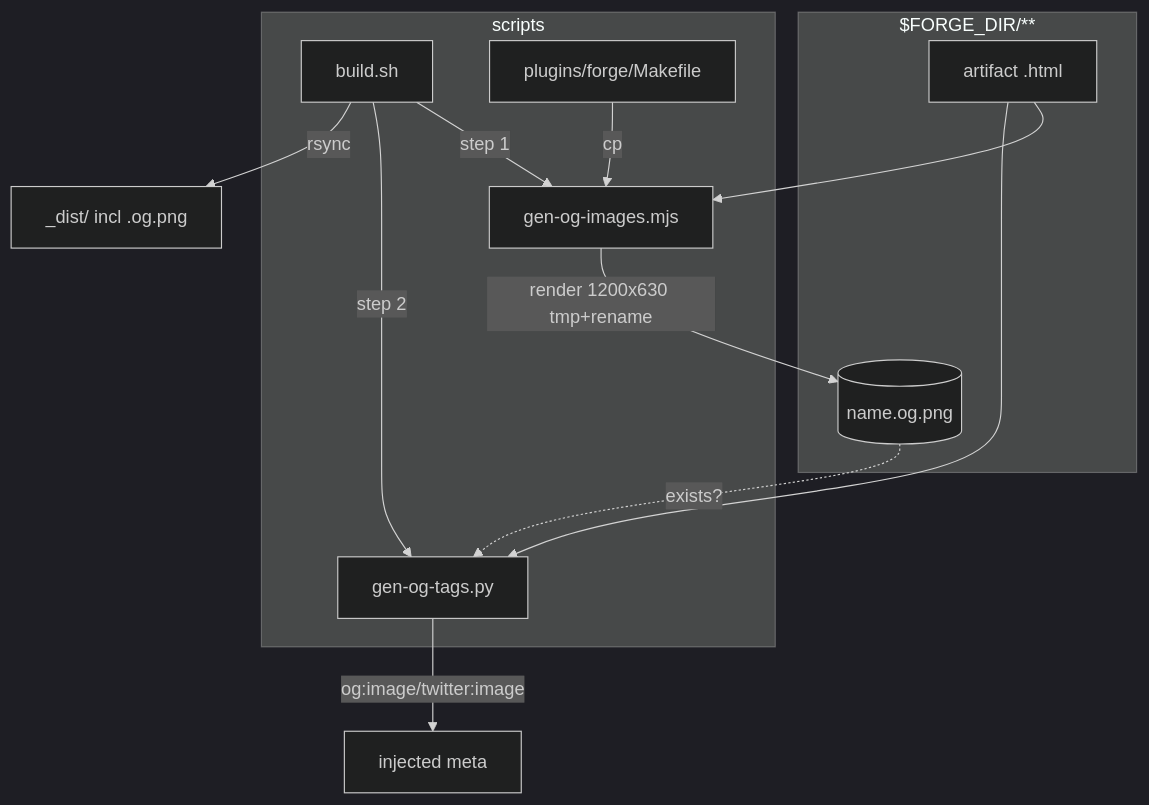
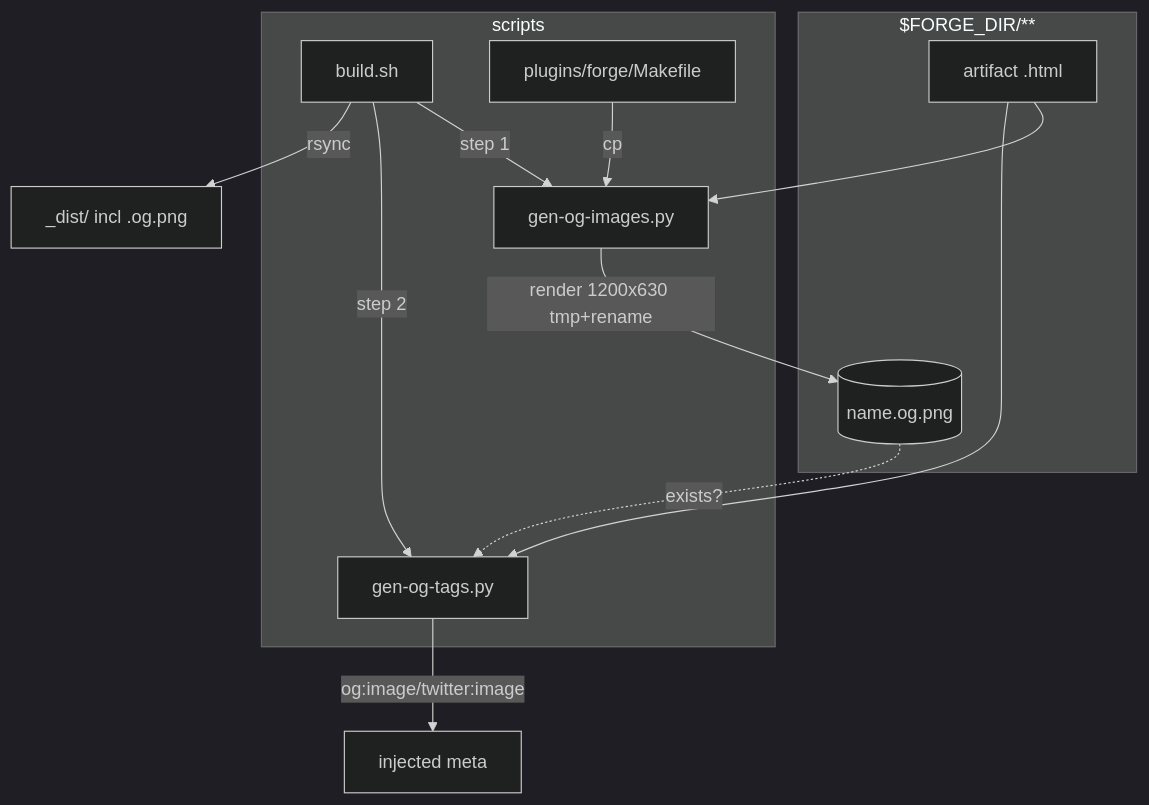
One commit to Roxabi/roxabi-forge changed the first of 2 diagrams in artifacts/plans/83-per-artifact-open-graph-preview-images-plan.mdx. Above: the diagram before and after it, drawn with Mermaid (dark theme). The commit also changed other lines of this file and 1 other file, not shown here.

````diff
--- a/artifacts/plans/83-per-artifact-open-graph-preview-images-plan.mdx
+++ b/artifacts/plans/83-per-artifact-open-graph-preview-images-plan.mdx
@@ -18,21 +25,21 @@
 ```mermaid
 flowchart TD
   subgraph forge_dir["$FORGE_DIR/**"]
     H[artifact .html]
     P[(name.og.png)]
   end
   subgraph scripts
-    GI[gen-og-images.mjs]
+    GI[gen-og-images.py]
     GT[gen-og-tags.py]
     BS[build.sh]
     MK[plugins/forge/Makefile]
   end
   H --> GI -->|render 1200x630 tmp+rename| P
   H --> GT
   P -.->|exists?| GT
   GT -->|og:image/twitter:image| H2[injected meta]
   BS -->|step 1| GI
   BS -->|step 2| GT
   BS -->|rsync| DIST[_dist/ incl .og.png]
   MK -->|cp| GI
 ```
````
